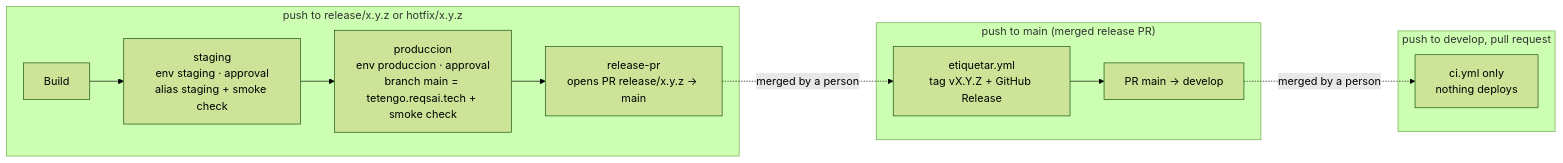
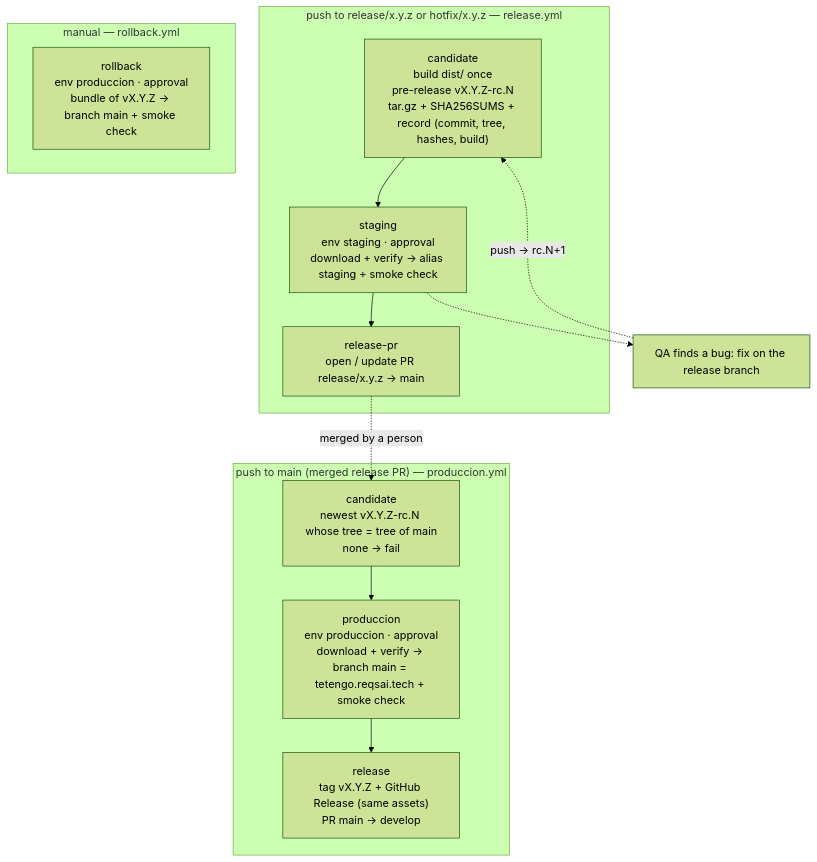
One commit to Te-Tengo-Tech/te-tengo-landing-astro changed the diagram in docs/DEPLOY.md. Above: the diagram before and after it, drawn with Mermaid (forest theme). The commit also changed other lines of this file and 6 other files, not shown here.

Commit message:
docs: describe the release candidate, production and rollback flow

````diff
--- a/docs/DEPLOY.md
+++ b/docs/DEPLOY.md
@@ -56,16 +60,21 @@
 ```mermaid
-flowchart LR
-  subgraph rel["push to release/x.y.z or hotfix/x.y.z"]
-    B2[Build] --> S2["staging<br/>env staging · approval<br/>alias staging + smoke check"]
-    S2 --> P2["produccion<br/>env produccion · approval<br/>branch main = tetengo.reqsai.tech + smoke check"]
-    P2 --> R2["release-pr<br/>opens PR release/x.y.z → main"]
+flowchart TB
+  subgraph rel["push to release/x.y.z or hotfix/x.y.z — release.yml"]
+    C["candidate<br/>build dist/ once<br/>pre-release vX.Y.Z-rc.N<br/>tar.gz + SHA256SUMS + record (commit, tree, hashes, build)"]
+    S["staging<br/>env staging · approval<br/>download + verify → alias staging + smoke check"]
+    R["release-pr<br/>open / update PR release/x.y.z → main"]
+    C --> S --> R
   end
-  subgraph main["push to main (merged release PR)"]
-    T3["etiquetar.yml<br/>tag vX.Y.Z + GitHub Release"] --> M3["PR main → develop"]
+  subgraph main["push to main (merged release PR) — produccion.yml"]
+    F["candidate<br/>newest vX.Y.Z-rc.N whose tree = tree of main<br/>none → fail"]
+    P["produccion<br/>env produccion · approval<br/>download + verify → branch main = tetengo.reqsai.tech + smoke check"]
+    T["release<br/>tag vX.Y.Z + GitHub Release (same assets)<br/>PR main → develop"]
+    F --> P --> T
   end
-  subgraph dev["push to develop, pull request"]
-    C4["ci.yml only<br/>nothing deploys"]
+  subgraph rb["manual — rollback.yml"]
+    RB["rollback<br/>env produccion · approval<br/>bundle of vX.Y.Z → branch main + smoke check"]
   end
-  R2 -. "merged by a person" .-> T3
-  M3 -. "merged by a person" .-> C4
+  R -. "merged by a person" .-> F
+  QA["QA finds a bug: fix on the release branch"] -. "push → rc.N+1" .-> C
+  S -.-> QA
 ```
````
